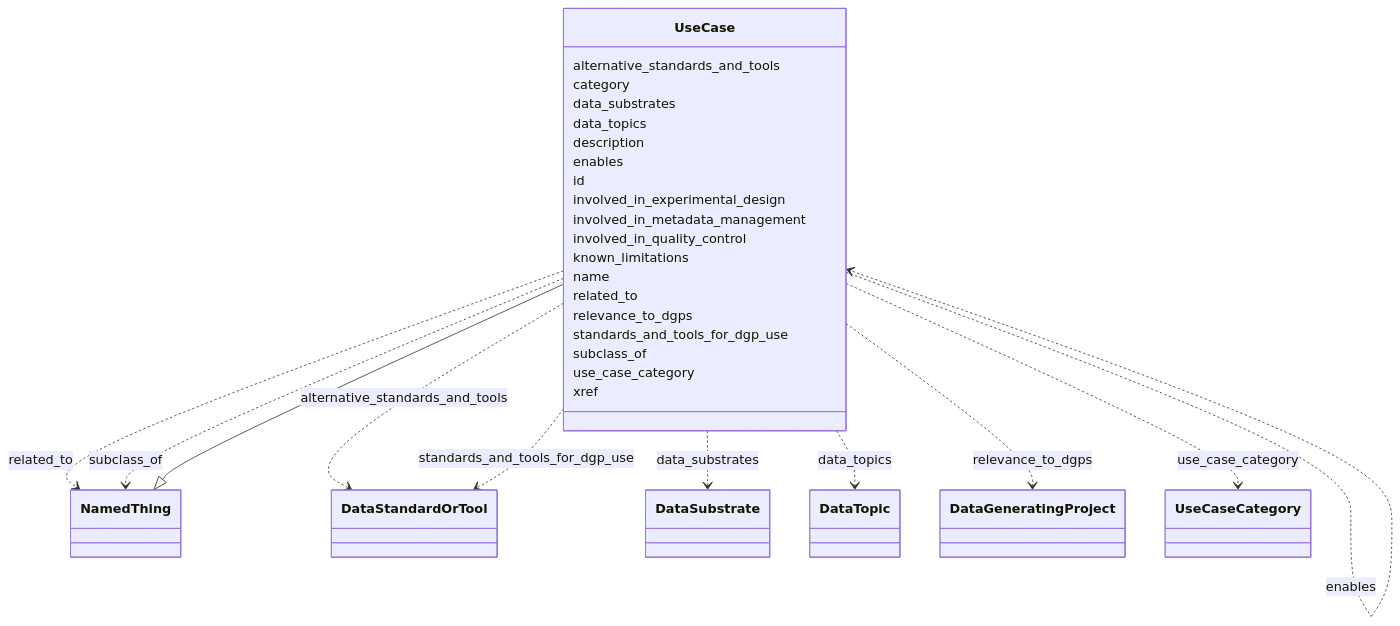
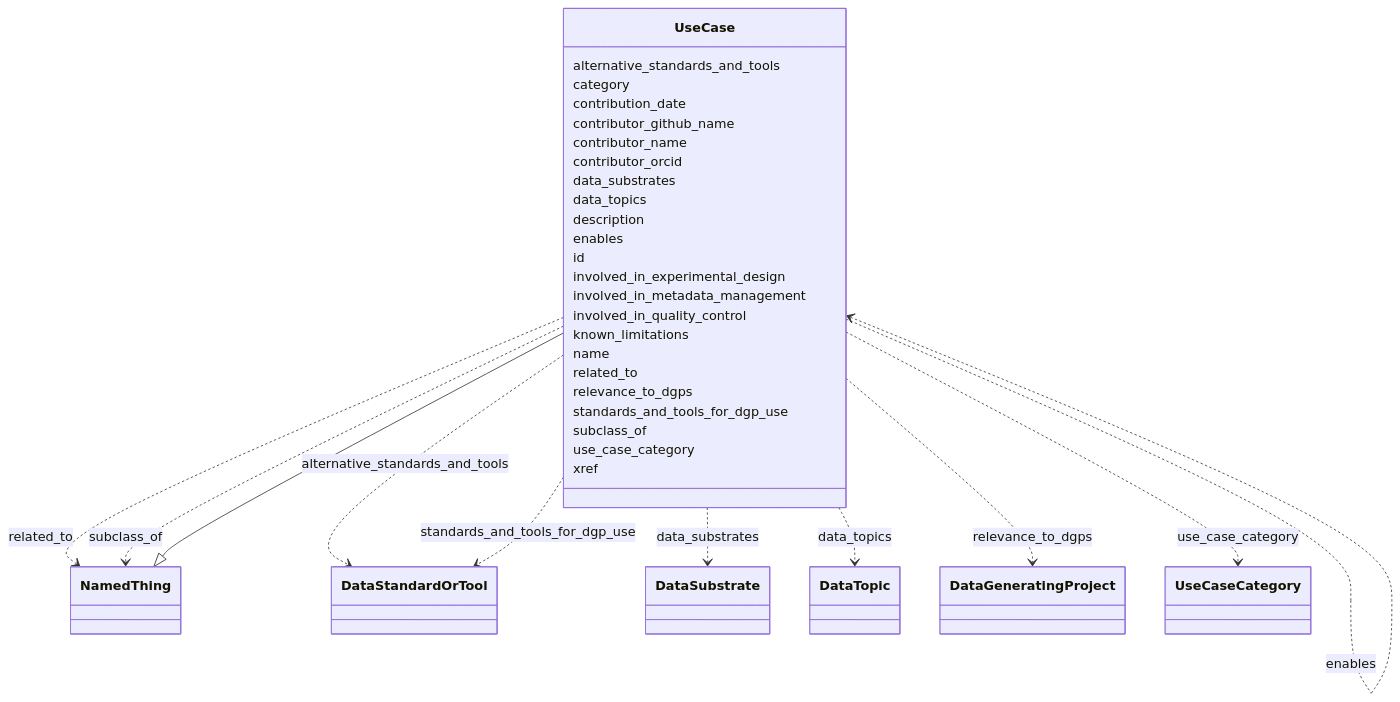
Before and after one commit to bridge2ai/standards-schemas: the diagram in docs/UseCase.md, drawn with Mermaid. The commit also changed other lines of this file and 51 other files, not shown here.

````diff
--- a/docs/UseCase.md
+++ b/docs/UseCase.md
@@ -11,61 +11,69 @@
 ```mermaid
  classDiagram
     class UseCase
       NamedThing <|-- UseCase
       
       UseCase : alternative_standards_and_tools
         
           UseCase ..> DataStandardOrTool : alternative_standards_and_tools
         
       UseCase : category
+        
+      UseCase : contribution_date
+        
+      UseCase : contributor_github_name
+        
+      UseCase : contributor_name
+        
+      UseCase : contributor_orcid
         
       UseCase : data_substrates
         
           UseCase ..> DataSubstrate : data_substrates
         
       UseCase : data_topics
         
           UseCase ..> DataTopic : data_topics
         
       UseCase : description
         
       UseCase : enables
         
           UseCase ..> UseCase : enables
         
       UseCase : id
         
       UseCase : involved_in_experimental_design
         
       UseCase : involved_in_metadata_management
         
       UseCase : involved_in_quality_control
         
       UseCase : known_limitations
         
       UseCase : name
         
       UseCase : related_to
         
           UseCase ..> NamedThing : related_to
         
       UseCase : relevance_to_dgps
         
           UseCase ..> DataGeneratingProject : relevance_to_dgps
         
       UseCase : standards_and_tools_for_dgp_use
         
           UseCase ..> DataStandardOrTool : standards_and_tools_for_dgp_use
         
       UseCase : subclass_of
         
           UseCase ..> NamedThing : subclass_of
         
       UseCase : use_case_category
         
           UseCase ..> UseCaseCategory : use_case_category
         
       UseCase : xref
         
       
 ```
````
